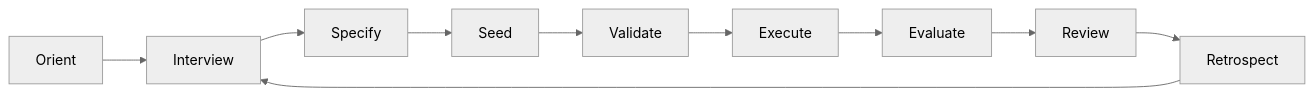
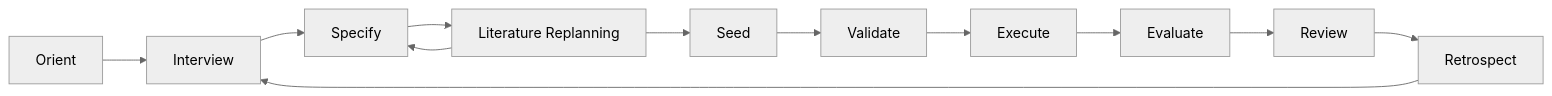
The diagram in docs/run_templates/live_workflow_diagram_template.md (kisbi3/ResearchPartner), drawn with Mermaid (neutral theme) before and after one commit. The commit also changed other lines of this file and 13 other files, not shown here.

Commit message:
Add literature replanning research gate

````diff
--- a/docs/run_templates/live_workflow_diagram_template.md
+++ b/docs/run_templates/live_workflow_diagram_template.md
@@ -15,12 +15,14 @@
 ```mermaid
 flowchart LR
     O["Orient"] --> I["Interview"]
     I --> SP["Specify"]
-    SP --> S["Seed"]
+    SP --> L["Literature Replanning"]
+    L --> SP
+    L --> S["Seed"]
     S --> V["Validate"]
     V --> E["Execute"]
     E --> EV["Evaluate"]
     EV --> R["Review"]
     R --> RT["Retrospect"]
     RT --> I
 ```
````
